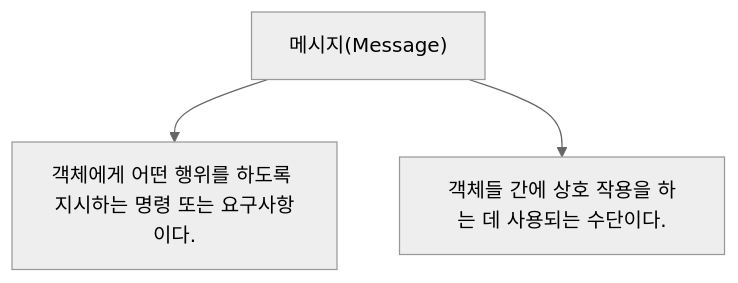
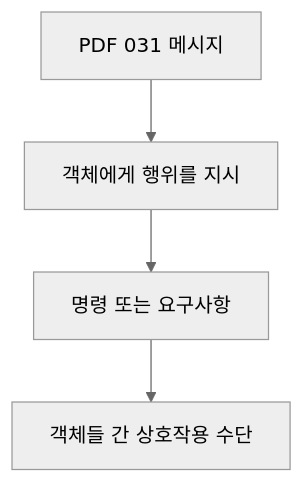
The second of 12 diagrams in 정보처리기사/1과목 소프트웨어 설계/031 메시지(Message)/031 메시지(Message).md (nes0903/study), drawn with Mermaid (neutral theme) before and after one commit. The commit also changed other lines of this file and 318 other files, not shown here.

````diff
--- a/정보처리기사/1과목 소프트웨어 설계/031 메시지(Message)/031 메시지(Message).md
+++ b/정보처리기사/1과목 소프트웨어 설계/031 메시지(Message)/031 메시지(Message).md
@@ -13,6 +35,7 @@
 ```mermaid
 flowchart TD
-    A["메시지(Message)"]
-    A --> N1["객체에게 어떤 행위를 하도록 지시하는 명령 또는 요구사항이다."]
-    A --> N2["객체들 간에 상호 작용을 하는 데 사용되는 수단이다."]
+    A["PDF 031 메시지"]
+    A --> B["객체에게 행위를 지시"]
+    B --> C["명령 또는 요구사항"]
+    C --> D["객체들 간 상호작용 수단"]
 ```
````
